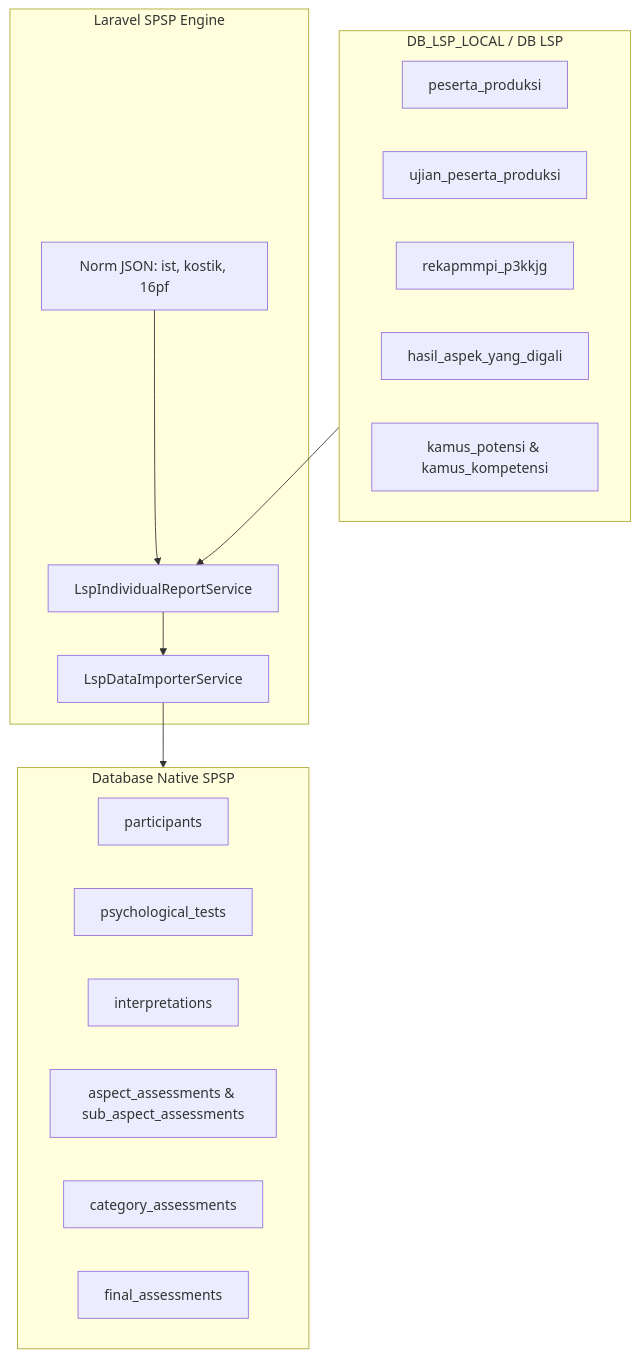
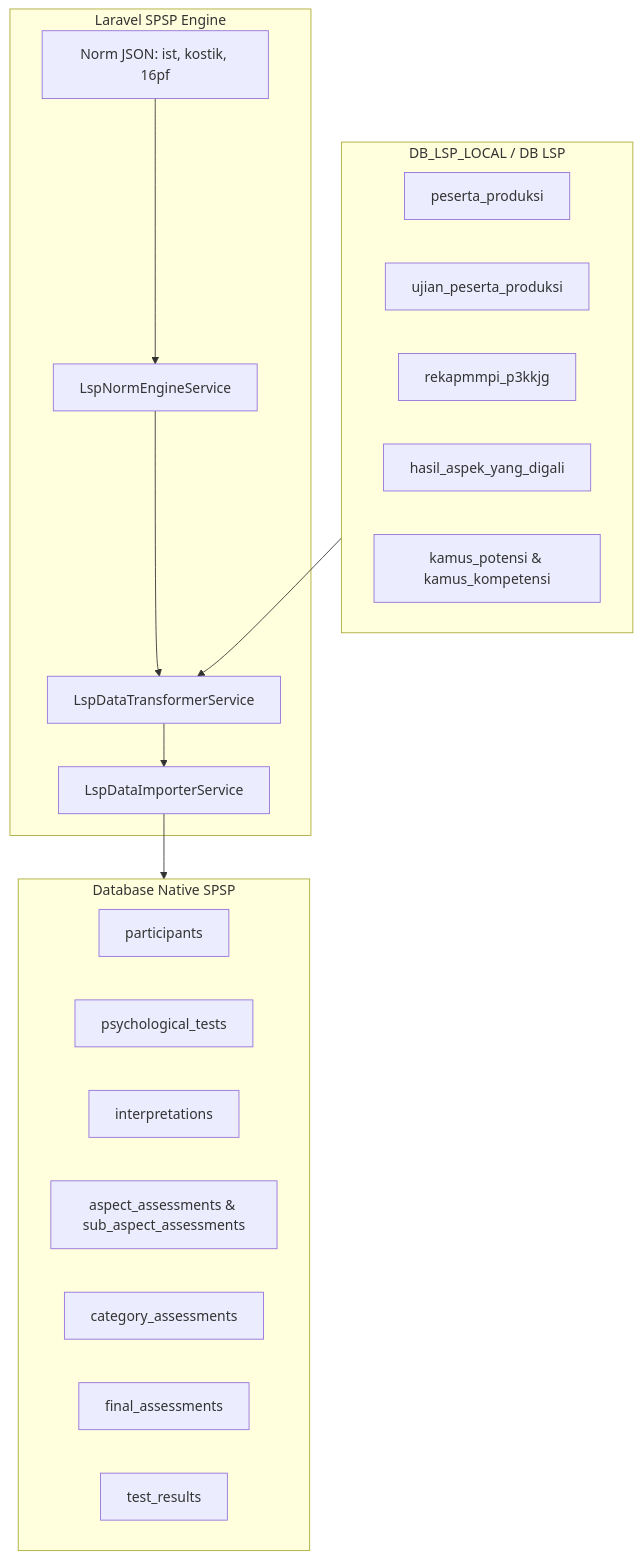
Before and after one commit to RnDQuantum/spsp_new: the diagram in docs/lsp_integration/03_LSP_INTEGRATION_GUIDE.md, drawn with Mermaid. The commit also changed other lines of this file and 12 other files, not shown here.

First line of the commit message:
refactor(lsp): decompose LspIndividualReportService into focused services

````diff
--- a/docs/lsp_integration/03_LSP_INTEGRATION_GUIDE.md
+++ b/docs/lsp_integration/03_LSP_INTEGRATION_GUIDE.md
@@ -17,30 +21,33 @@
 ```mermaid
 flowchart TD
     subgraph LSP_DATABASE [DB_LSP_LOCAL / DB LSP]
         A1[peserta_produksi]
         A2[ujian_peserta_produksi]
         A3[rekapmmpi_p3kkjg]
         A4[hasil_aspek_yang_digali]
         A5[kamus_potensi & kamus_kompetensi]
     end
 
     subgraph SPSP_ENGINE [Laravel SPSP Engine]
-        B1[LspIndividualReportService]
-        B2[LspDataImporterService]
-        B3[Norm JSON: ist, kostik, 16pf]
+        B1[LspNormEngineService]
+        B2[LspDataTransformerService]
+        B3[LspDataImporterService]
+        B4[Norm JSON: ist, kostik, 16pf]
     end
 
     subgraph SPSP_DATABASE [Database Native SPSP]
         C1[participants]
         C2[psychological_tests]
         C3[interpretations]
         C4[aspect_assessments & sub_aspect_assessments]
         C5[category_assessments]
         C6[final_assessments]
+        C7[test_results]
     end
 
-    LSP_DATABASE --> B1
-    B3 --> B1
+    LSP_DATABASE --> B2
+    B4 --> B1
     B1 --> B2
-    B2 --> SPSP_DATABASE
+    B2 --> B3
+    B3 --> SPSP_DATABASE
 ```
````
